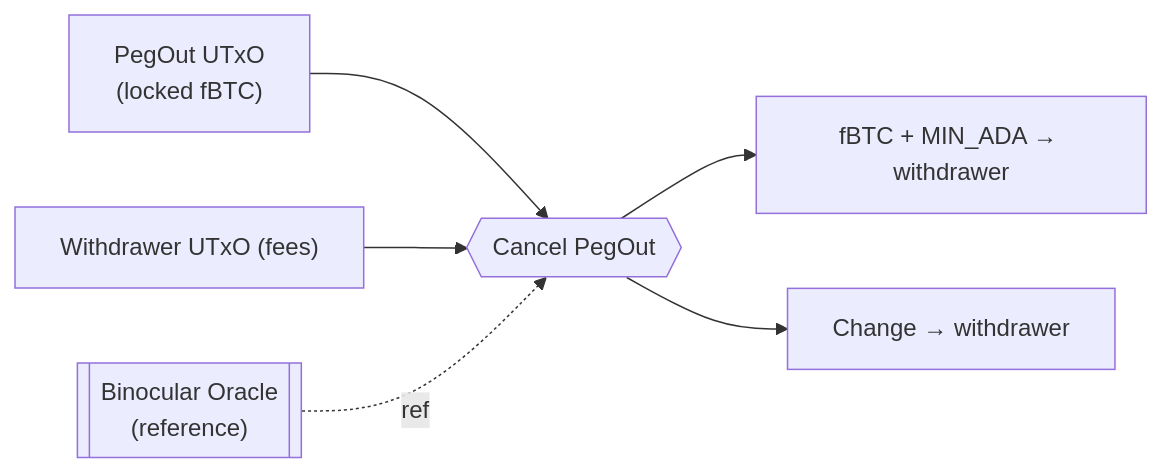
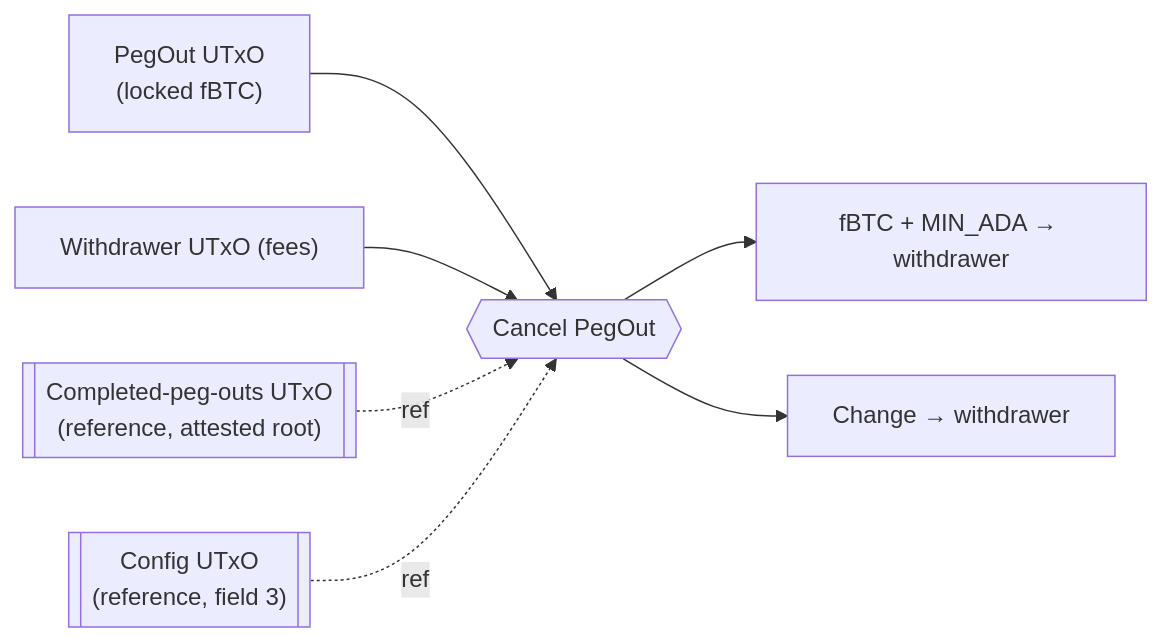
Diagram 18 of 20 in documentation/technical_documentation.md (rssh/ft-bifrost-bridge), drawn with Mermaid before and after one commit. The commit also changed other lines of this file and 1 other file, not shown here.

````diff
--- a/documentation/technical_documentation.md
+++ b/documentation/technical_documentation.md
@@ -2012,8 +2129,9 @@
 ```mermaid
 flowchart LR
   pout["PegOut UTxO<br/>(locked fBTC)"] --> tx{{"Cancel PegOut"}}
   wdraw["Withdrawer UTxO (fees)"] --> tx
-  binoc[["Binocular Oracle<br/>(reference)"]] -. ref .-> tx
+  cpo_ref[["Completed-peg-outs UTxO<br/>(reference, attested root)"]] -. ref .-> tx
+  cfg_ref[["Config UTxO<br/>(reference, field 3)"]] -. ref .-> tx
   tx --> refund["fBTC + MIN_ADA → withdrawer"]
   tx --> change["Change → withdrawer"]
 ```
````
